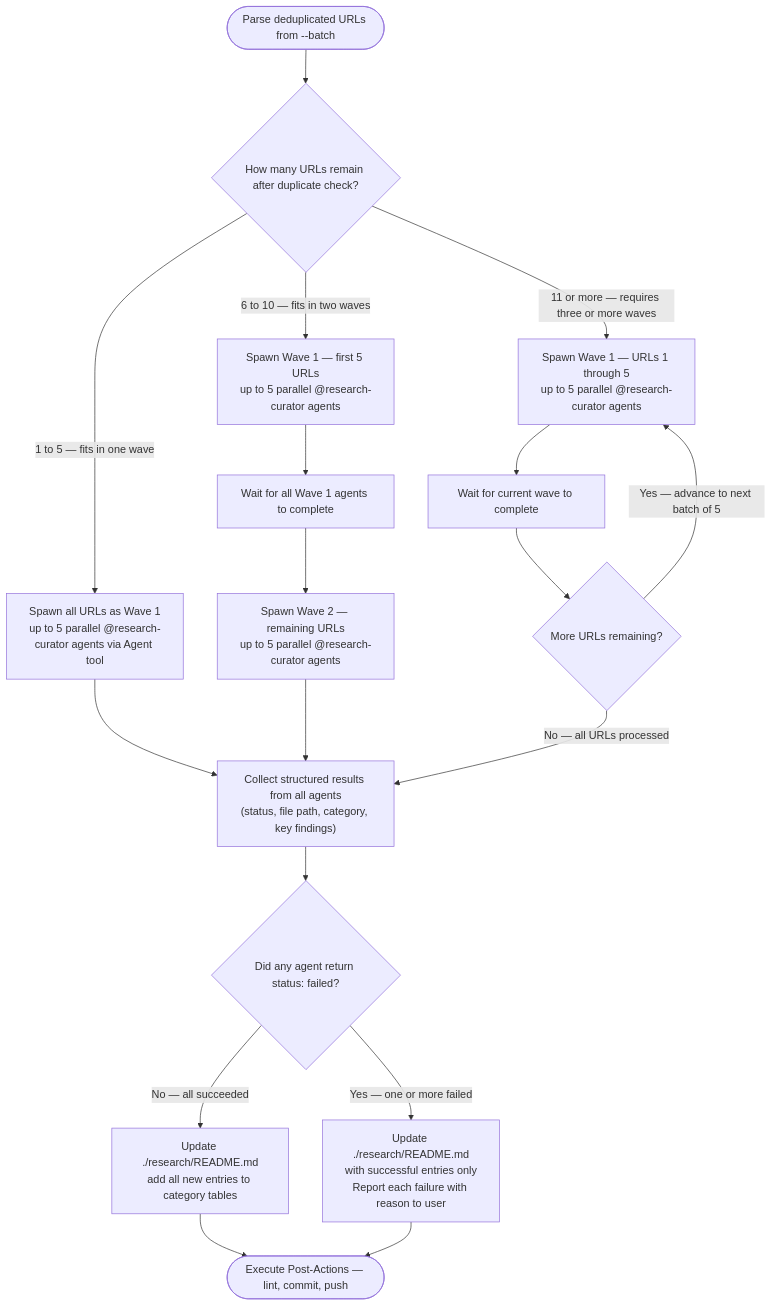
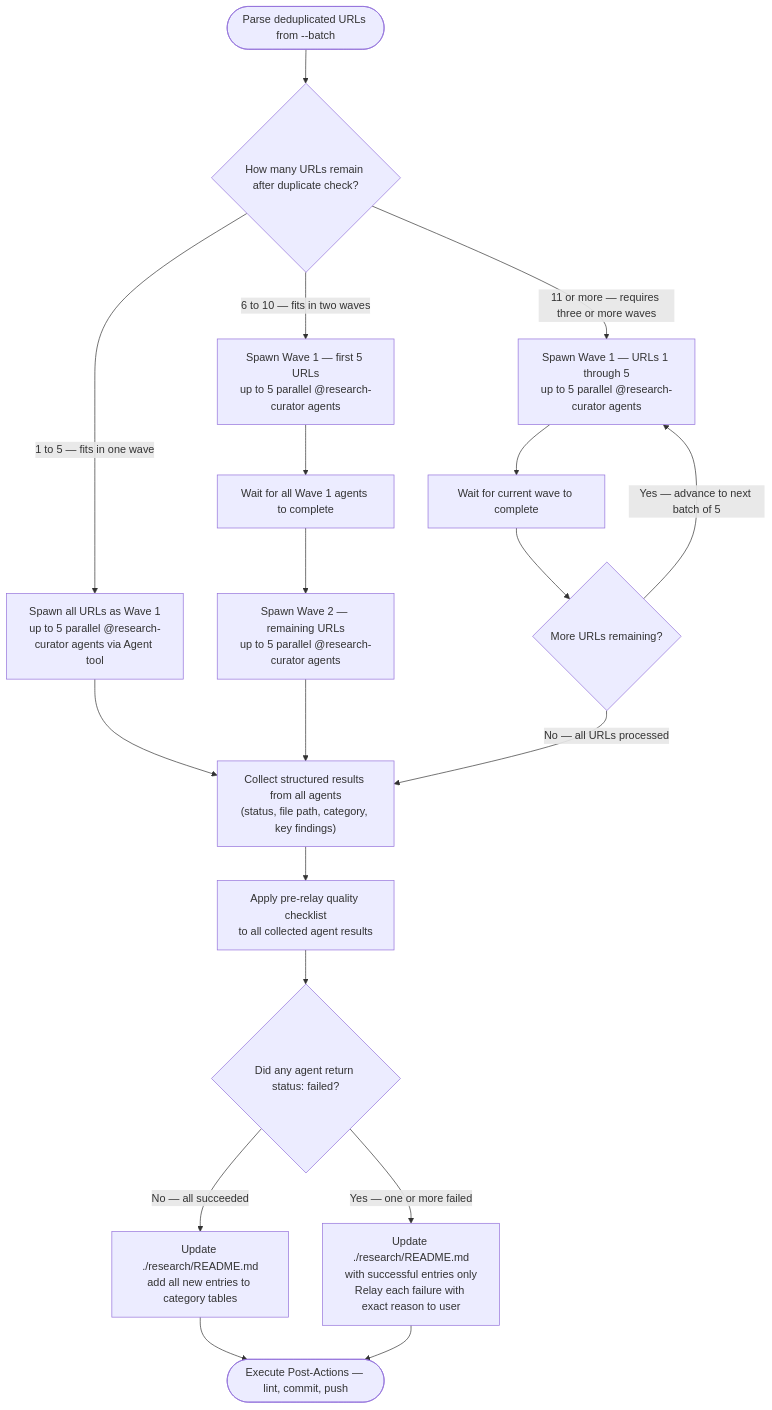
One commit to chgreer1070/claude_skills changed the second of 4 diagrams in .claude/skills/research-curator/SKILL.md. Above: the diagram before and after it, drawn with Mermaid. The commit also changed other lines of this file, not shown here.

First line of the commit message:
feat(skills): integrate relay rules and validate precision into research-curator skill

````diff
--- a/.claude/skills/research-curator/SKILL.md
+++ b/.claude/skills/research-curator/SKILL.md
@@ -104,20 +147,21 @@
 ```mermaid
 flowchart TD
     Start(["Parse deduplicated URLs from --batch"]) --> Count{"How many URLs remain after duplicate check?"}
     Count -->|"1 to 5 — fits in one wave"| Wave1["Spawn all URLs as Wave 1<br>up to 5 parallel @research-curator agents via Agent tool"]
     Count -->|"6 to 10 — fits in two waves"| W1a["Spawn Wave 1 — first 5 URLs<br>up to 5 parallel @research-curator agents"]
     Count -->|"11 or more — requires three or more waves"| WNa["Spawn Wave 1 — URLs 1 through 5<br>up to 5 parallel @research-curator agents"]
     Wave1 --> Collect["Collect structured results from all agents<br>(status, file path, category, key findings)"]
     W1a --> W1aDone["Wait for all Wave 1 agents to complete"]
     W1aDone --> W2a["Spawn Wave 2 — remaining URLs<br>up to 5 parallel @research-curator agents"]
     W2a --> Collect
     WNa --> WNaDone["Wait for current wave to complete"]
     WNaDone --> QMore{"More URLs remaining?"}
     QMore -->|"Yes — advance to next batch of 5"| WNa
     QMore -->|"No — all URLs processed"| Collect
-    Collect --> Results{"Did any agent return status: failed?"}
+    Collect --> RelayCheck["Apply pre-relay quality checklist<br>to all collected agent results"]
+    RelayCheck --> Results{"Did any agent return status: failed?"}
     Results -->|"No — all succeeded"| UpdateAll["Update ./research/README.md<br>add all new entries to category tables"]
-    Results -->|"Yes — one or more failed"| Partial["Update ./research/README.md<br>with successful entries only<br>Report each failure with reason to user"]
+    Results -->|"Yes — one or more failed"| Partial["Update ./research/README.md<br>with successful entries only<br>Relay each failure with exact reason to user"]
     UpdateAll --> PostActions(["Execute Post-Actions — lint, commit, push"])
     Partial --> PostActions
 ```
````
